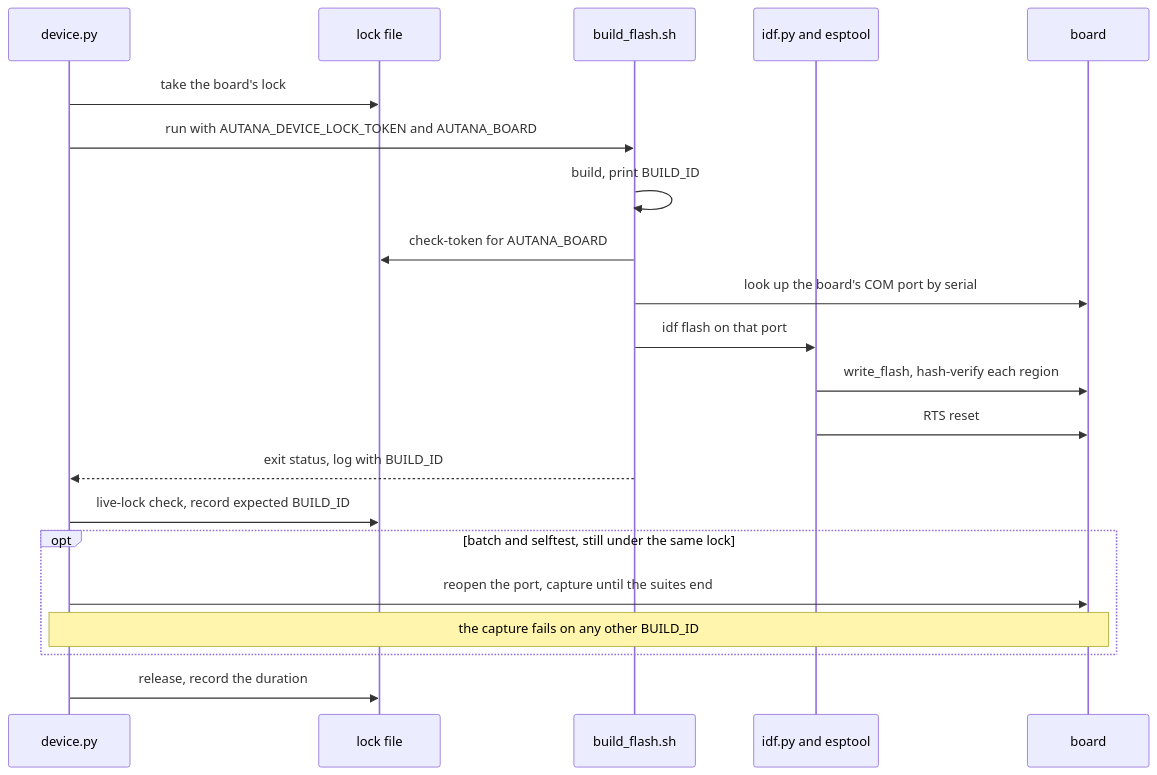
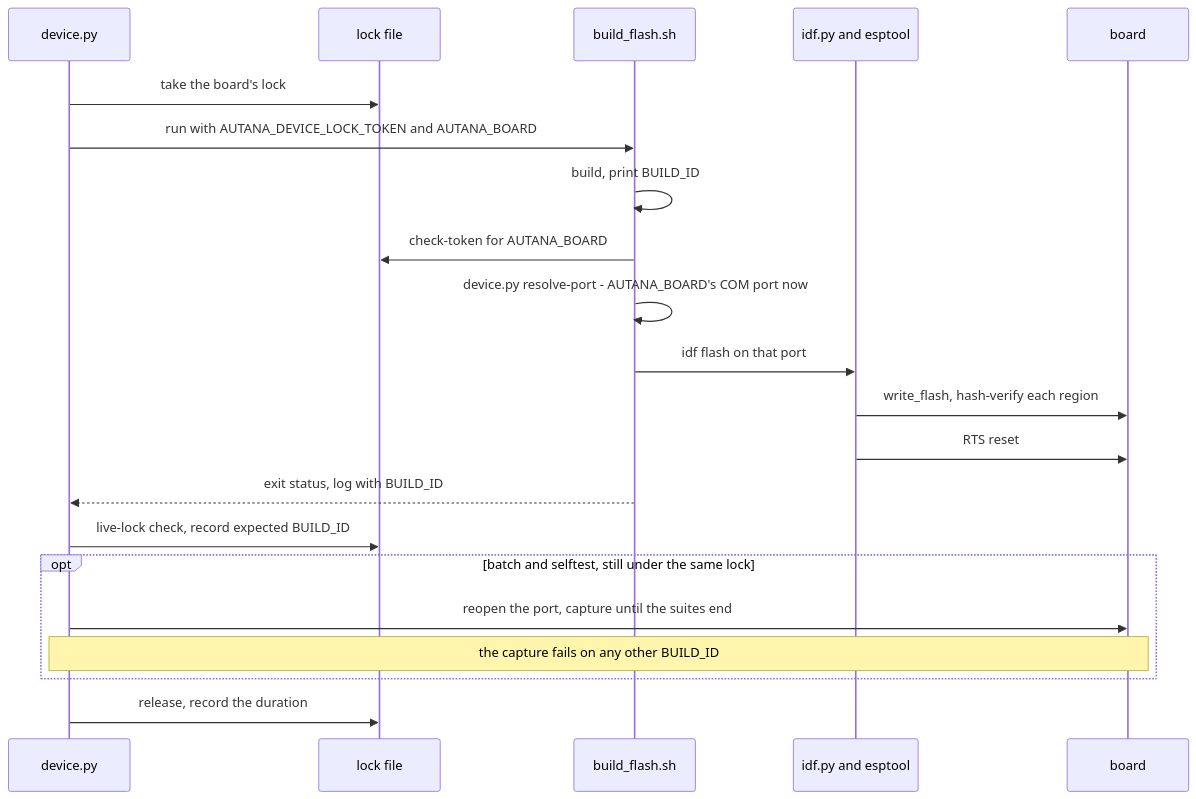
Before and after one commit to jose-villegas/autana: the first of 2 diagrams in docs/tools/Device-Lock.md, drawn with Mermaid. The commit also changed other lines of this file and 2 other files, not shown here.

First line of the commit message:
docs: device lock lifecycle diagram, named constants, board choice off USB

````diff
--- a/docs/tools/Device-Lock.md
+++ b/docs/tools/Device-Lock.md
@@ -66,24 +71,24 @@
 ```mermaid
 sequenceDiagram
     participant Dev as device.py
     participant Lock as lock file
     participant Sh as build_flash.sh
     participant Idf as idf.py and esptool
     participant Board as board
 
     Dev->>Lock: take the board's lock
     Dev->>Sh: run with AUTANA_DEVICE_LOCK_TOKEN and AUTANA_BOARD
     Sh->>Sh: build, print BUILD_ID
     Sh->>Lock: check-token for AUTANA_BOARD
-    Sh->>Board: look up the board's COM port by serial
+    Sh->>Sh: device.py resolve-port - AUTANA_BOARD's COM port now
     Sh->>Idf: idf flash on that port
     Idf->>Board: write_flash, hash-verify each region
     Idf->>Board: RTS reset
     Sh-->>Dev: exit status, log with BUILD_ID
     Dev->>Lock: live-lock check, record expected BUILD_ID
     opt batch and selftest, still under the same lock
         Dev->>Board: reopen the port, capture until the suites end
         Note over Dev,Board: the capture fails on any other BUILD_ID
     end
     Dev->>Lock: release, record the duration
 ```
````
